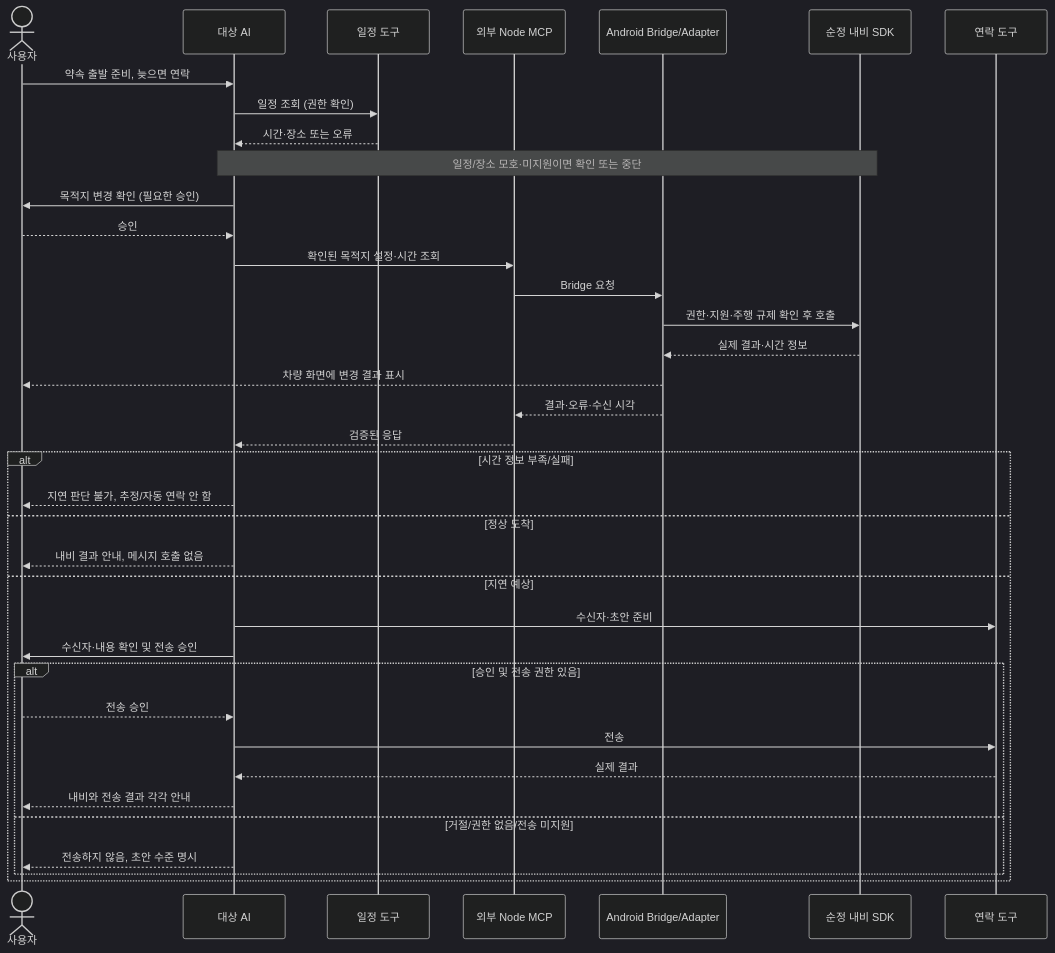
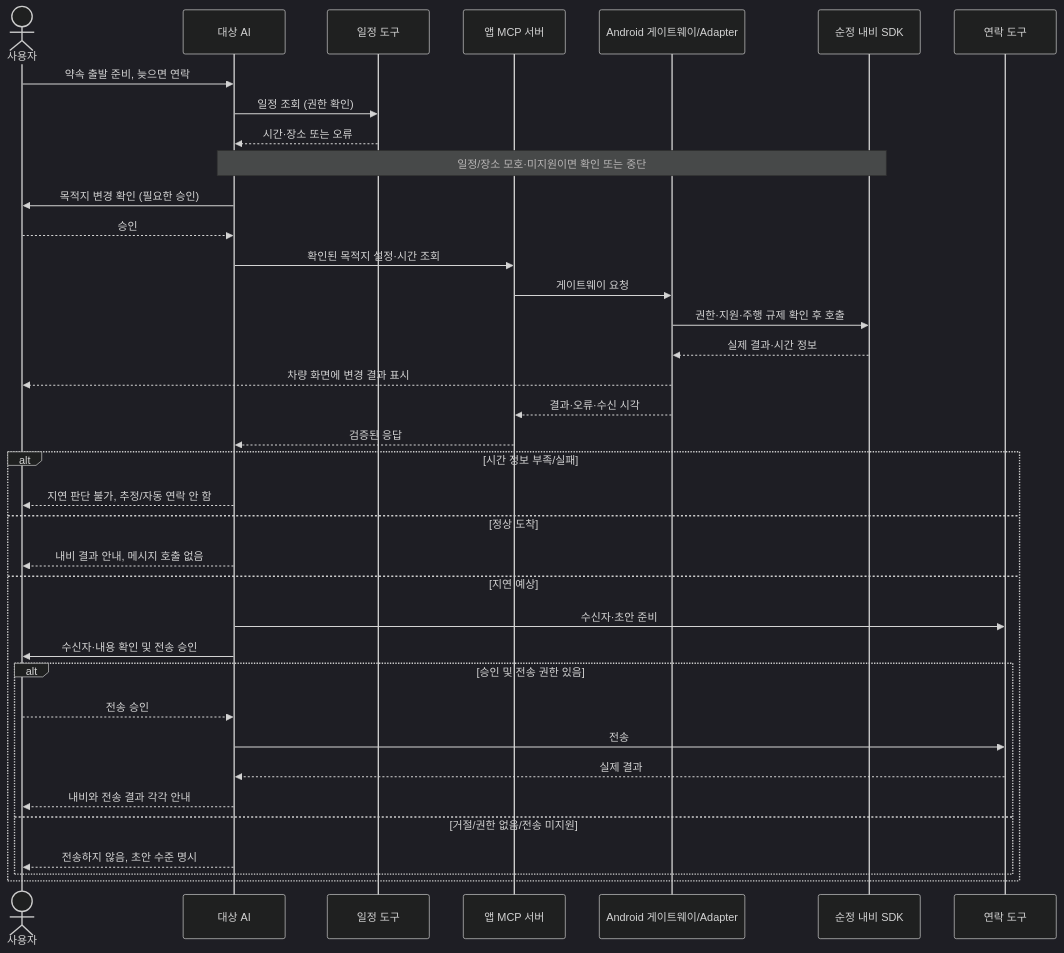
One commit to SubHye/Pleos_PA changed the diagram in docs/architecture/scenarios/appointment-departure.md. Above: the diagram before and after it, drawn with Mermaid (dark theme). The commit also changed 8 other files, not shown here.

````diff
--- a/docs/architecture/scenarios/appointment-departure.md
+++ b/docs/architecture/scenarios/appointment-departure.md
@@ -5,39 +5,39 @@
 ```mermaid
 sequenceDiagram
     actor User as 사용자
     participant AI as 대상 AI
     participant Calendar as 일정 도구
-    participant MCP as 외부 Node MCP
-    participant App as Android Bridge/Adapter
+    participant MCP as 앱 MCP 서버
+    participant App as Android 게이트웨이/Adapter
     participant Navi as 순정 내비 SDK
     participant Message as 연락 도구
     User->>AI: 약속 출발 준비, 늦으면 연락
     AI->>Calendar: 일정 조회 (권한 확인)
     Calendar-->>AI: 시간·장소 또는 오류
     Note over AI,Navi: 일정/장소 모호·미지원이면 확인 또는 중단
     AI->>User: 목적지 변경 확인 (필요한 승인)
     User-->>AI: 승인
     AI->>MCP: 확인된 목적지 설정·시간 조회
-    MCP->>App: Bridge 요청
+    MCP->>App: 게이트웨이 요청
     App->>Navi: 권한·지원·주행 규제 확인 후 호출
     Navi-->>App: 실제 결과·시간 정보
     App-->>User: 차량 화면에 변경 결과 표시
     App-->>MCP: 결과·오류·수신 시각
     MCP-->>AI: 검증된 응답
     alt 시간 정보 부족/실패
         AI-->>User: 지연 판단 불가, 추정/자동 연락 안 함
     else 정상 도착
         AI-->>User: 내비 결과 안내, 메시지 호출 없음
     else 지연 예상
         AI->>Message: 수신자·초안 준비
         AI->>User: 수신자·내용 확인 및 전송 승인
         alt 승인 및 전송 권한 있음
             User-->>AI: 전송 승인
             AI->>Message: 전송
             Message-->>AI: 실제 결과
             AI-->>User: 내비와 전송 결과 각각 안내
         else 거절/권한 없음/전송 미지원
             AI-->>User: 전송하지 않음, 초안 수준 명시
         end
     end
 ```
````
